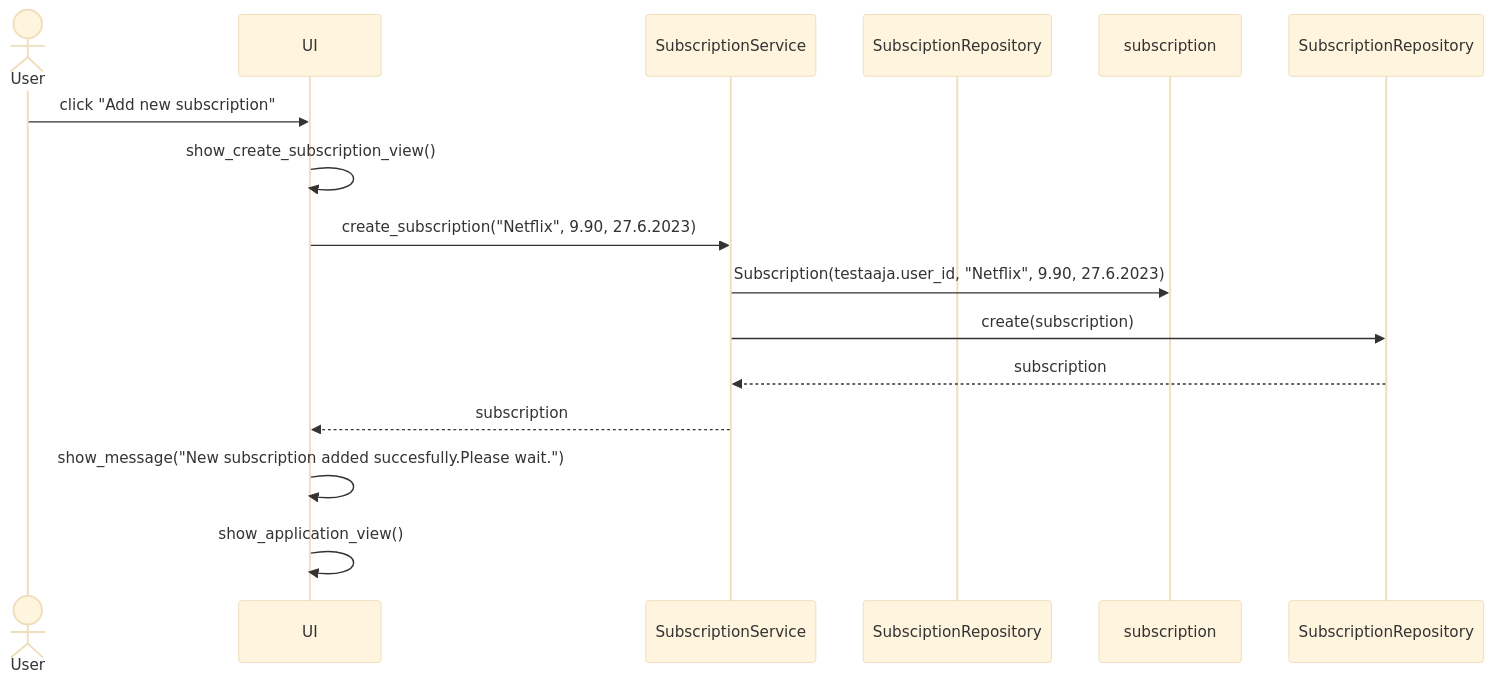
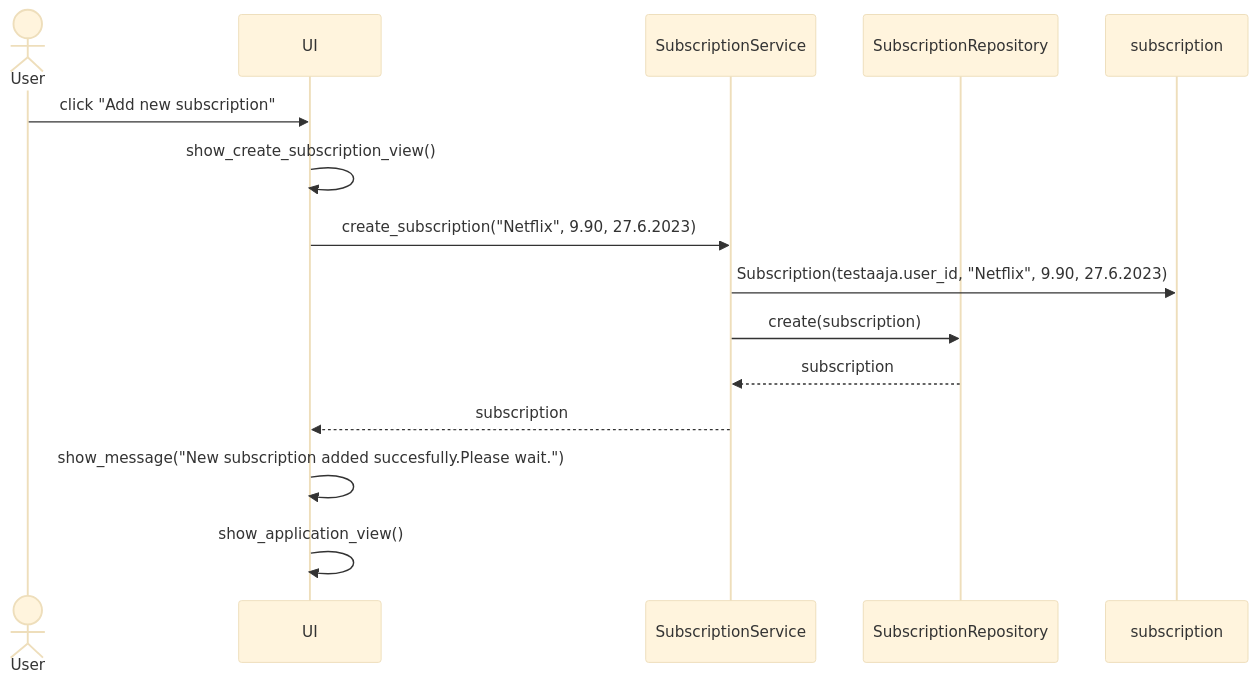
The fifth of 5 diagrams in harjoitustyo/dokumentaatio/arkkitehtuuri.md (imhlas/ot-harjoitustyo), drawn with Mermaid (base theme) before and after one commit. The commit also changed other lines of this file, not shown here.

````diff
--- a/harjoitustyo/dokumentaatio/arkkitehtuuri.md
+++ b/harjoitustyo/dokumentaatio/arkkitehtuuri.md
@@ -93,17 +95,17 @@
 ```mermaid
 sequenceDiagram
   actor User
   participant UI
   participant SubscriptionService
-  participant SubsciptionRepository
+  participant SubscriptionRepository
   participant subscription
   User->>UI: click "Add new subscription"
   UI->>UI: show_create_subscription_view()
   UI->>SubscriptionService: create_subscription("Netflix", 9.90, 27.6.2023)
   SubscriptionService->>subscription: Subscription(testaaja.user_id, "Netflix", 9.90, 27.6.2023)
   SubscriptionService->>SubscriptionRepository: create(subscription)
   SubscriptionRepository-->>SubscriptionService: subscription
   SubscriptionService-->>UI: subscription
   UI->>UI: show_message("New subscription added succesfully.Please wait.")
   UI->>UI: show_application_view()
 ```
````
